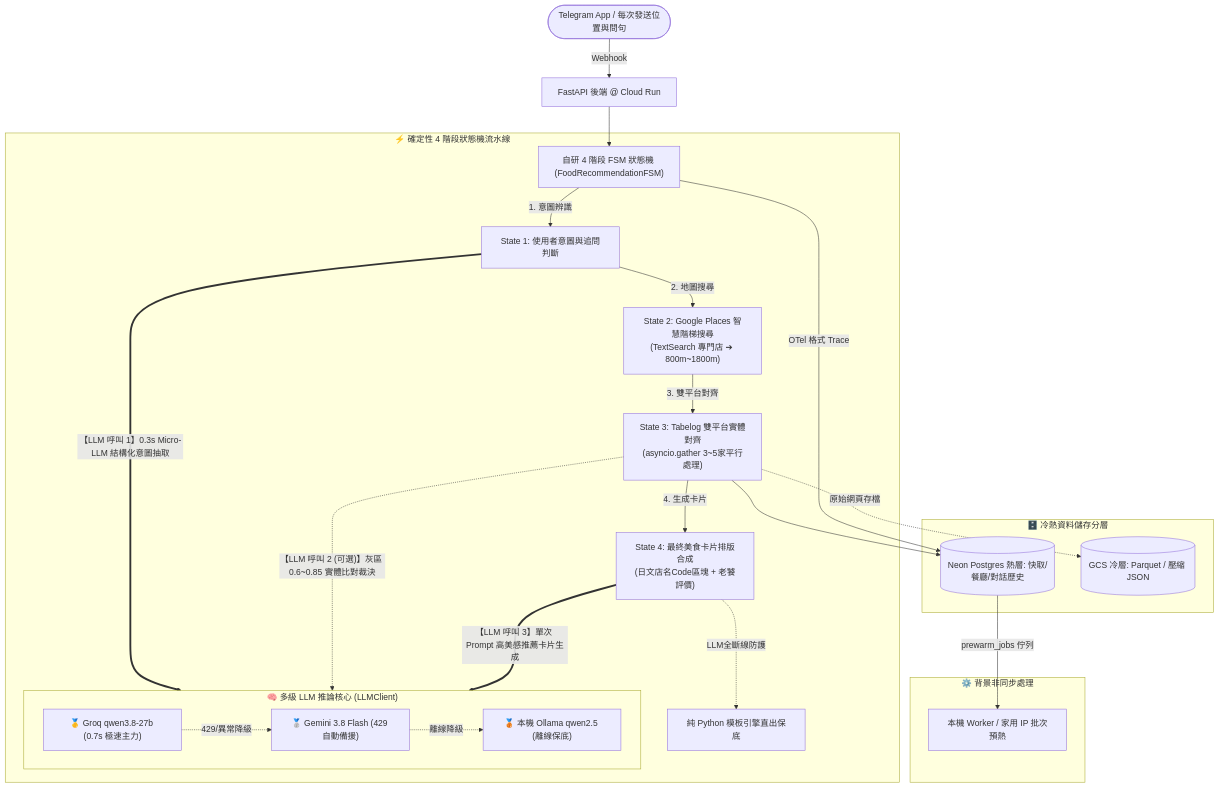
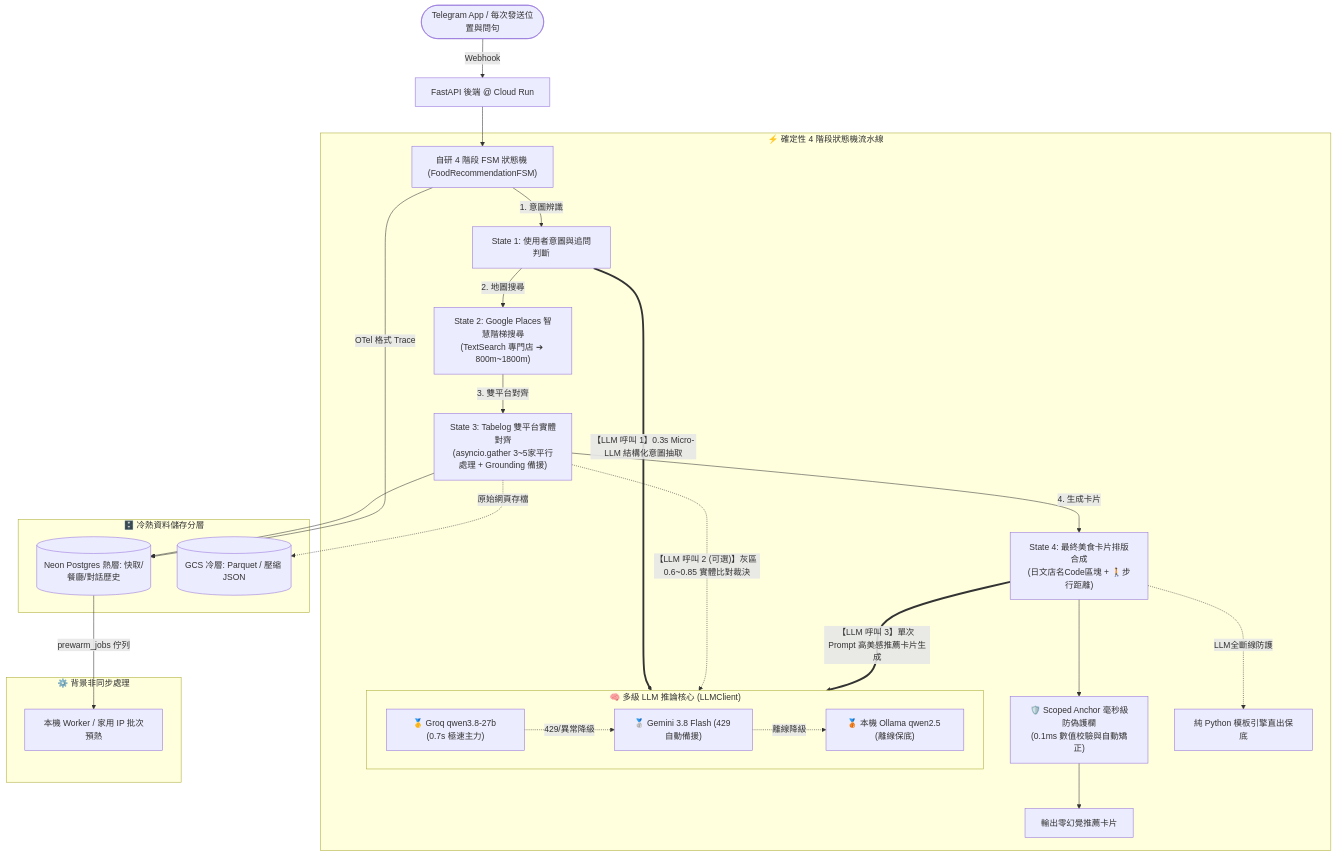
The diagram in README.md (AnnieeLiuu/pickforme), drawn with Mermaid before and after one commit. The commit also changed other lines of this file and 1 other file, not shown here.

Commit message:
docs(guardrail): document Production AI Guardrail and Contract Testing in ARCHITECTURE and README

````diff
--- a/README.md
+++ b/README.md
@@ -39,37 +42,39 @@
 ```mermaid
 graph TD
     User(["Telegram App / 每次發送位置與問句"]) -->|Webhook| Server["FastAPI 後端 @ Cloud Run"]
     Server --> FSM["自研 4 階段 FSM 狀態機 (FoodRecommendationFSM)"]
     
     subgraph MultiTierLLM ["🧠 多級 LLM 推論核心 (LLMClient)"]
         Groq["🥇 Groq qwen3.8-27b (0.7s 極速主力)"]
         Gemini["🥈 Gemini 3.8 Flash (429 自動備援)"]
         Ollama["🥉 本機 Ollama qwen2.5 (離線保底)"]
         Groq -.->|429/異常降級| Gemini
         Gemini -.->|離線降級| Ollama
     end
 
     subgraph DeterministicPipeline ["⚡ 確定性 4 階段狀態機流水線"]
         FSM -->|1. 意圖辨識| S1["State 1: 使用者意圖與追問判斷"]
         S1 -->|2. 地圖搜尋| S2["State 2: Google Places 智慧階梯搜尋<br/>(TextSearch 專門店 ➔ 800m~1800m)"]
-        S2 -->|3. 雙平台對齊| S3["State 3: Tabelog 雙平台實體對齊<br/>(asyncio.gather 3~5家平行處理)"]
-        S3 -->|4. 生成卡片| S4["State 4: 最終美食卡片排版合成<br/>(日文店名Code區塊 + 老饕評價)"]
+        S2 -->|3. 雙平台對齊| S3["State 3: Tabelog 雙平台實體對齊<br/>(asyncio.gather 3~5家平行處理 + Grounding 備援)"]
+        S3 -->|4. 生成卡片| S4["State 4: 最終美食卡片排版合成<br/>(日文店名Code區塊 + 🚶步行距離)"]
         
         %% 明確標註 LLM 在哪裡被調用
         S1 ==>|"【LLM 呼叫 1】0.3s Micro-LLM 結構化意圖抽取"| MultiTierLLM
         S3 -.->|"【LLM 呼叫 2 (可選)】灰區 0.6~0.85 實體比對裁決"| MultiTierLLM
         S4 ==>|"【LLM 呼叫 3】單次 Prompt 高美感推薦卡片生成"| MultiTierLLM
         
+        S4 --> Guardrail["🛡️ Scoped Anchor 毫秒級防偽護欄<br/>(0.1ms 數值校驗與自動矯正)"]
+        Guardrail --> OutputCard["輸出零幻覺推薦卡片"]
         S4 -.->|LLM全斷線防護| Fallback["純 Python 模板引擎直出保底"]
     end
     
     subgraph StorageTiering ["🗄️ 冷熱資料儲存分層"]
         S3 --> HotDB[("Neon Postgres 熱層: 快取/餐廳/對話歷史")]
         S3 -.->|原始網頁存檔| ColdStorage[("GCS 冷層: Parquet / 壓縮 JSON")]
         FSM -->|OTel 格式 Trace| HotDB
     end
 
     subgraph AsyncWorker ["⚙️ 背景非同步處理"]
         HotDB -->|prewarm_jobs 佇列| LocalWorker["本機 Worker / 家用 IP 批次預熱"]
     end
 ```
````
